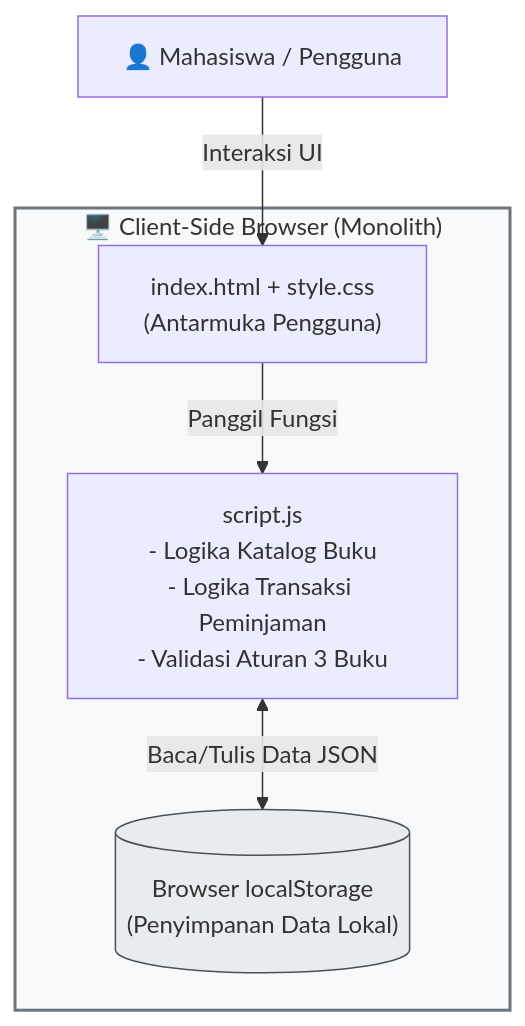
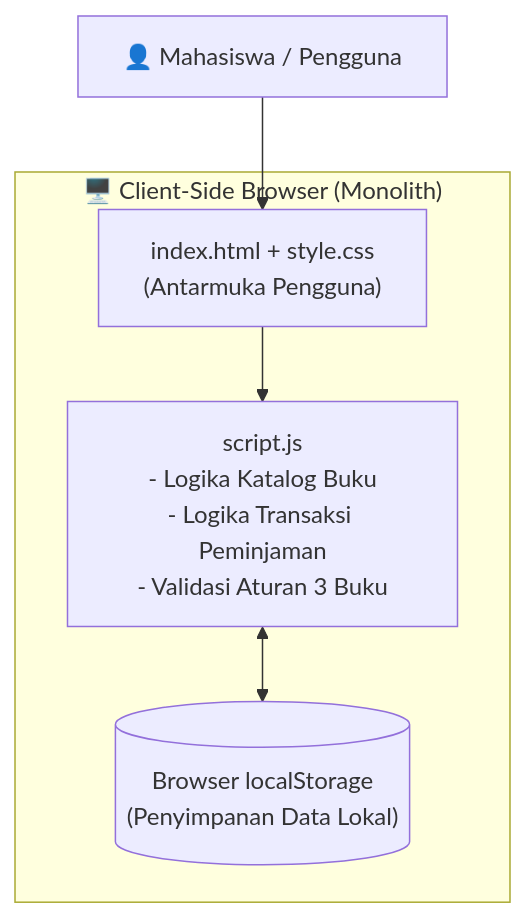
The first of 4 diagrams in ARCHITECTURE.md (BAIWAN-EPEP/VIBE-CODING-PRAK-2), drawn with Mermaid before and after one commit. The commit also changed other lines of this file and 1 other file, not shown here.

Commit message:
fix: embed PNG diagram assets and fix mermaid syntax in ARCHITECTURE.md and AI_DOCUMENTATION.md

````diff
--- a/ARCHITECTURE.md
+++ b/ARCHITECTURE.md
@@ -12,17 +17,14 @@
 ```mermaid
 graph TD
     User["👤 Mahasiswa / Pengguna"]
     
     subgraph Browser ["🖥️ Client-Side Browser (Monolith)"]
         UI["index.html + style.css<br/>(Antarmuka Pengguna)"]
         Logic["script.js<br/>- Logika Katalog Buku<br/>- Logika Transaksi Peminjaman<br/>- Validasi Aturan 3 Buku"]
         Storage[("Browser localStorage<br/>(Penyimpanan Data Lokal)")]
     end
     
-    User -->|Interaksi UI| UI
-    UI -->|Panggil Fungsi| Logic
-    Logic <-->|Baca/Tulis Data JSON| Storage
-
-    style Browser fill:#f8f9fa,stroke:#6c757d,stroke-width:2px;
-    style Storage fill:#e9ecef,stroke:#495057,stroke-width:1px;
+    User --> UI
+    UI --> Logic
+    Logic <--> Storage
 ```
````
